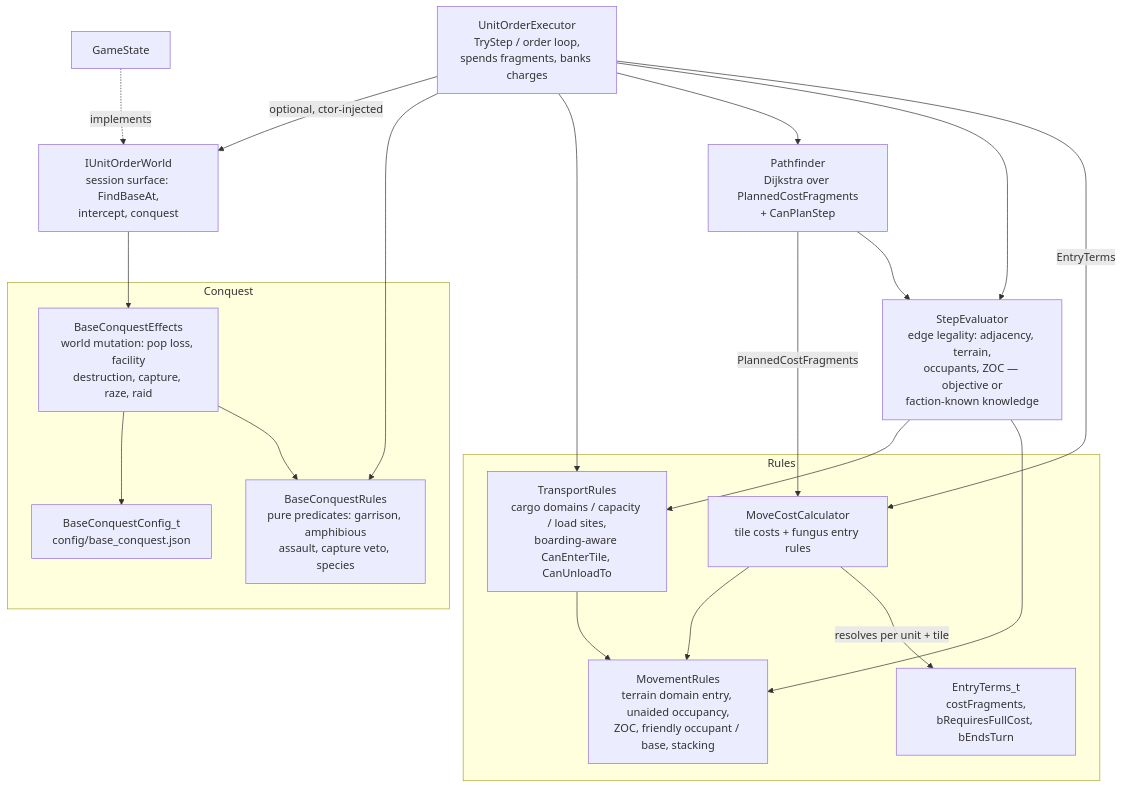
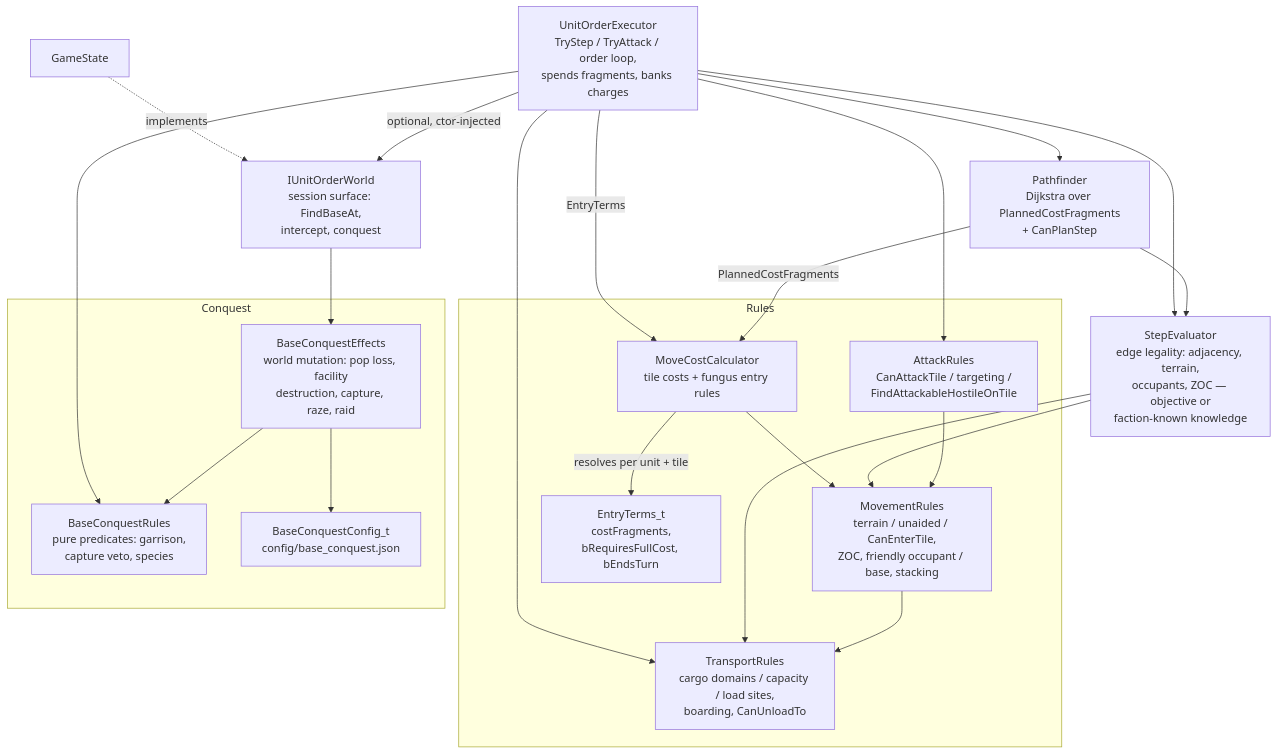
Before and after one commit to kilianloftis/alpha-centauri: the diagram in docs/architecture/unit-movement-system.md, drawn with Mermaid. The commit also changed other lines of this file and 39 other files, not shown here.

````diff
--- a/docs/architecture/unit-movement-system.md
+++ b/docs/architecture/unit-movement-system.md
@@ -9,39 +9,42 @@
 ```mermaid
 graph TD
     subgraph Rules
-        MovementRules[MovementRules<br/>terrain domain entry, unaided occupancy,<br/>ZOC, friendly occupant / base, stacking]
-        TransportRules[TransportRules<br/>cargo domains / capacity / load sites,<br/>boarding-aware CanEnterTile, CanUnloadTo]
+        MovementRules[MovementRules<br/>terrain / unaided / CanEnterTile,<br/>ZOC, friendly occupant / base, stacking]
+        TransportRules[TransportRules<br/>cargo domains / capacity / load sites,<br/>boarding, CanUnloadTo]
         MoveCostCalculator[MoveCostCalculator<br/>tile costs + fungus entry rules]
         EntryTerms[EntryTerms_t<br/>costFragments,<br/>bRequiresFullCost, bEndsTurn]
         MoveCostCalculator -->|resolves per unit + tile| EntryTerms
-        TransportRules --> MovementRules
+        MovementRules --> TransportRules
+        AttackRules[AttackRules<br/>CanAttackTile / targeting /<br/>FindAttackableHostileOnTile]
+        AttackRules --> MovementRules
     end
 
     subgraph Conquest
-        BaseConquestRules[BaseConquestRules<br/>pure predicates: garrison, amphibious<br/>assault, capture veto, species]
+        BaseConquestRules[BaseConquestRules<br/>pure predicates: garrison,<br/>capture veto, species]
         BaseConquestEffects[BaseConquestEffects<br/>world mutation: pop loss, facility<br/>destruction, capture, raze, raid]
         BaseConquestConfig[BaseConquestConfig_t<br/>config/base_conquest.json]
         BaseConquestEffects --> BaseConquestRules
         BaseConquestEffects --> BaseConquestConfig
     end
 
     StepEvaluator[StepEvaluator<br/>edge legality: adjacency, terrain,<br/>occupants, ZOC — objective or<br/>faction-known knowledge]
     Pathfinder[Pathfinder<br/>Dijkstra over PlannedCostFragments<br/>+ CanPlanStep]
-    UnitOrderExecutor[UnitOrderExecutor<br/>TryStep / order loop,<br/>spends fragments, banks charges]
+    UnitOrderExecutor[UnitOrderExecutor<br/>TryStep / TryAttack / order loop,<br/>spends fragments, banks charges]
+    UnitOrderExecutor --> AttackRules
     IUnitOrderWorld[IUnitOrderWorld<br/>session surface: FindBaseAt,<br/>intercept, conquest]
     GameState[GameState]
 
     StepEvaluator --> MovementRules
     StepEvaluator --> TransportRules
     MoveCostCalculator --> MovementRules
     Pathfinder --> StepEvaluator
     Pathfinder -->|PlannedCostFragments| MoveCostCalculator
     UnitOrderExecutor -->|EntryTerms| MoveCostCalculator
     UnitOrderExecutor --> StepEvaluator
     UnitOrderExecutor --> Pathfinder
     UnitOrderExecutor --> TransportRules
     UnitOrderExecutor --> BaseConquestRules
     UnitOrderExecutor -->|optional, ctor-injected| IUnitOrderWorld
     GameState -.->|implements| IUnitOrderWorld
     IUnitOrderWorld --> BaseConquestEffects
 ```
````
